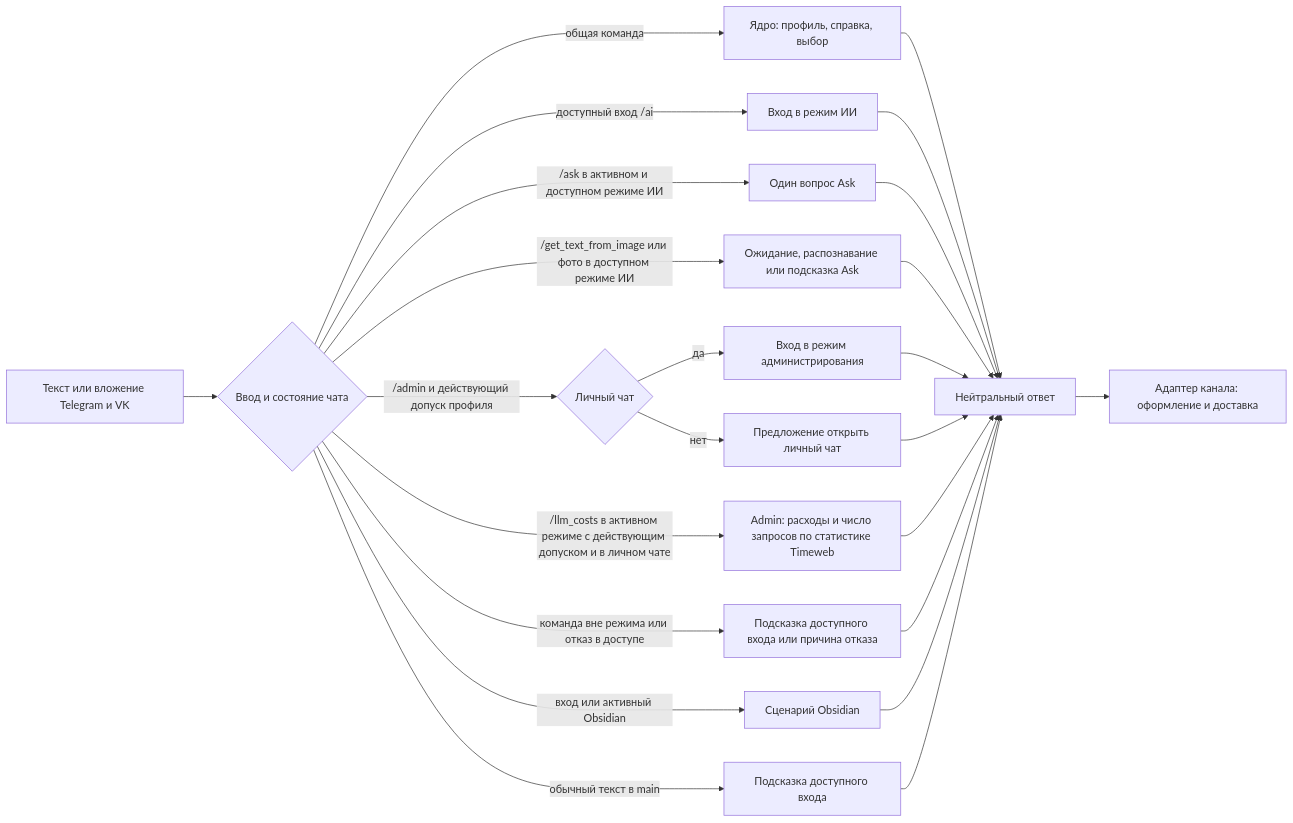
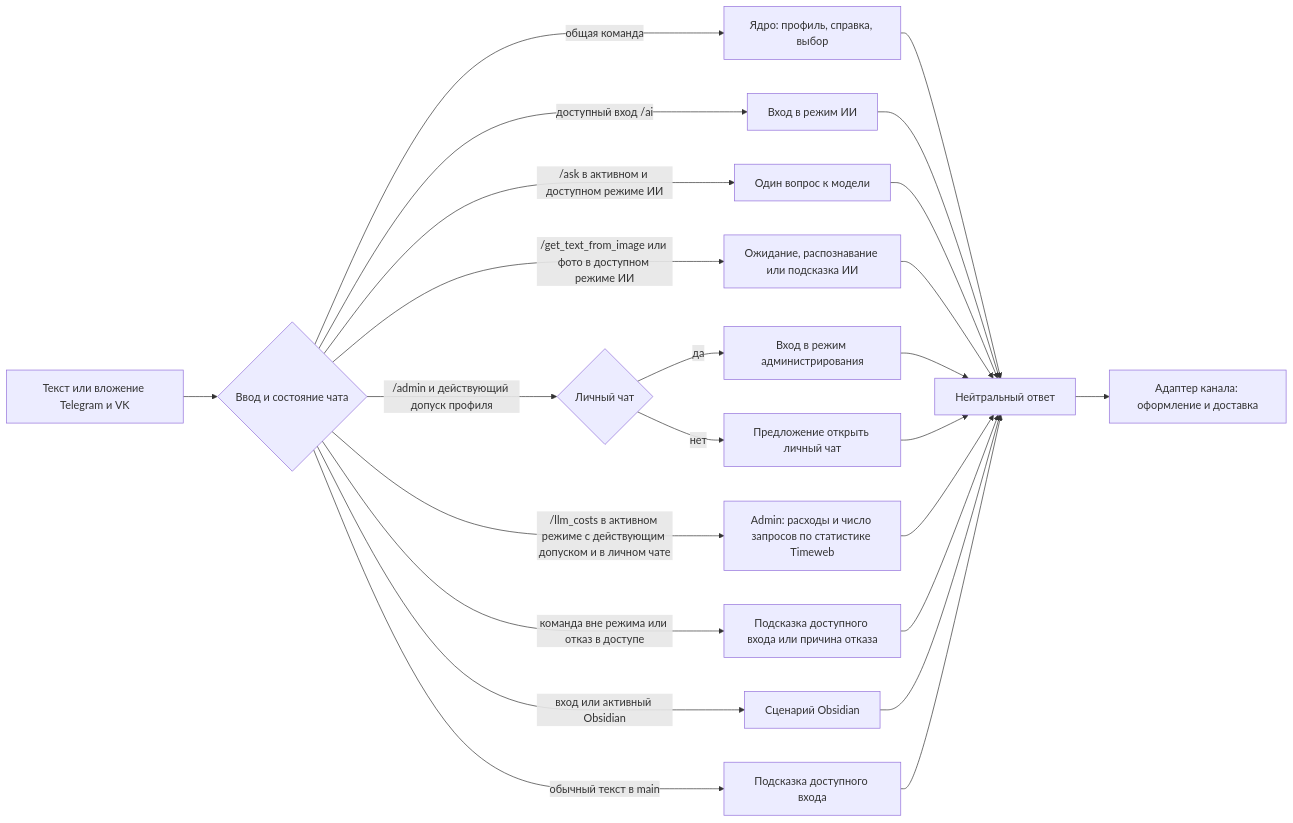
The diagram in docs/USER_MESSAGES.md (karateka-git/compadre-assistant), drawn with Mermaid before and after one commit. The commit also changed other lines of this file and 47 other files, not shown here.

````diff
--- a/docs/USER_MESSAGES.md
+++ b/docs/USER_MESSAGES.md
@@ -20,26 +20,26 @@
 ```mermaid
 flowchart LR
     A[Текст или вложение Telegram и VK] --> B{Ввод и состояние чата}
     B -->|общая команда| C[Ядро: профиль, справка, выбор]
     B -->|доступный вход /ai| D[Вход в режим ИИ]
-    B -->|/ask в активном и доступном режиме ИИ| I[Один вопрос Ask]
-    B -->|/get_text_from_image или фото в доступном режиме ИИ| K[Ожидание, распознавание или подсказка Ask]
+    B -->|/ask в активном и доступном режиме ИИ| I[Один вопрос к модели]
+    B -->|/get_text_from_image или фото в доступном режиме ИИ| K[Ожидание, распознавание или подсказка ИИ]
     B -->|/admin и действующий допуск профиля| L{Личный чат}
     L -->|да| Q[Вход в режим администрирования]
     L -->|нет| P[Предложение открыть личный чат]
     B -->|/llm_costs в активном режиме с действующим допуском и в личном чате| N[Admin: расходы и число запросов по статистике Timeweb]
     B -->|команда вне режима или отказ в доступе| J[Подсказка доступного входа или причина отказа]
     B -->|вход или активный Obsidian| E[Сценарий Obsidian]
     B -->|обычный текст в main| F[Подсказка доступного входа]
     C --> G[Нейтральный ответ]
     D --> G
     I --> G
     K --> G
     Q --> G
     N --> G
     P --> G
     J --> G
     E --> G
     F --> G
     G --> H[Адаптер канала: оформление и доставка]
 ```
````
